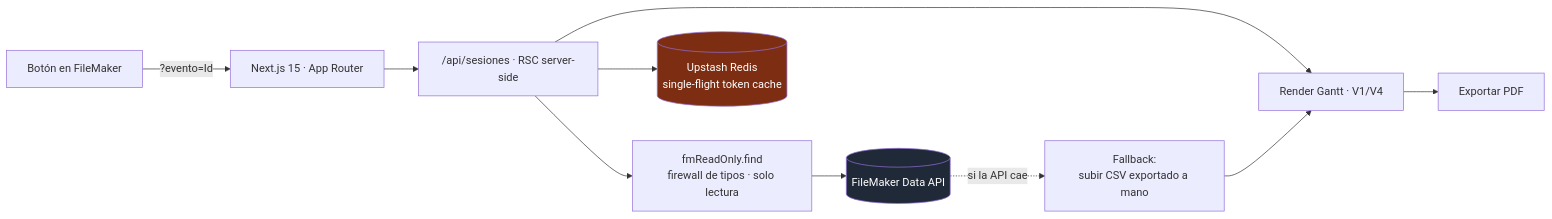
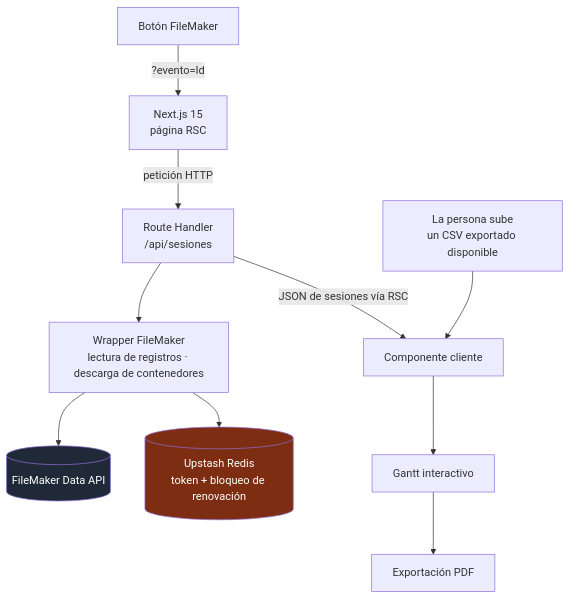
Before and after one commit to aleglope/production-systems-case-studies: the diagram in projects/schedule-builder.es.md, drawn with Mermaid. The commit also changed other lines of this file and 25 other files, not shown here.

````diff
--- a/projects/schedule-builder.es.md
+++ b/projects/schedule-builder.es.md
@@ -21,16 +27,15 @@
 ```mermaid
-flowchart LR
-    BTN["Botón en FileMaker"] -- "?evento=Id" --> APP["Next.js 15 · App Router"]
-    APP --> API["/api/sesiones · RSC server-side"]
-    API --> FMRO["fmReadOnly.find<br/>firewall de tipos · solo lectura"]
+flowchart TB
+    BTN["Botón FileMaker"] -- "?evento=Id" --> RSC["Next.js 15<br/>página RSC"]
+    RSC -- "petición HTTP" --> API["Route Handler<br/>/api/sesiones"]
+    API --> FMRO["Wrapper FileMaker<br/>lectura de registros · descarga de contenedores"]
     FMRO --> FM[("FileMaker Data API")]
-    API --> CACHE[("Upstash Redis<br/>single-flight token cache")]
-    API --> GANTT["Render Gantt · V1/V4"]
-    GANTT --> PDF["Exportar PDF"]
-
-    FM -. "si la API cae" .-> CSV["Fallback:<br/>subir CSV exportado a mano"]
-    CSV --> GANTT
+    FMRO --> CACHE[("Upstash Redis<br/>token + bloqueo de renovación")]
+    API -- "JSON de sesiones vía RSC" --> CLIENT["Componente cliente"]
+    CSV["La persona sube<br/>un CSV exportado disponible"] --> CLIENT
+    CLIENT --> GANTT["Gantt interactivo"]
+    GANTT --> PDF["Exportación PDF"]
 
     style FM fill:#1f2937,color:#fff
     style CACHE fill:#7c2d12,color:#fff
 ```
````
